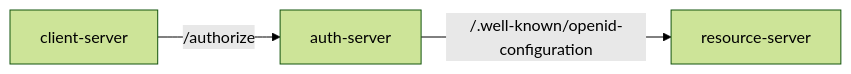
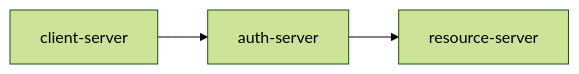
One commit to iam-ifsc/Spring-Authorization-Server changed the first of 2 diagrams in readme.md. Above: the diagram before and after it, drawn with Mermaid (forest theme).

````diff
--- a/readme.md
+++ b/readme.md
@@ -8,6 +8,6 @@
 ```mermaid
     flowchart LR
-    client-server["client-server"] -->|/authorize| auth-server["auth-server"] 
-    auth-server -->|/.well-known/openid-configuration| resource-server 
+    client-server["client-server"] -->  auth-server["auth-server"] 
+    auth-server -->  resource-server 
    
 ``` 
````
